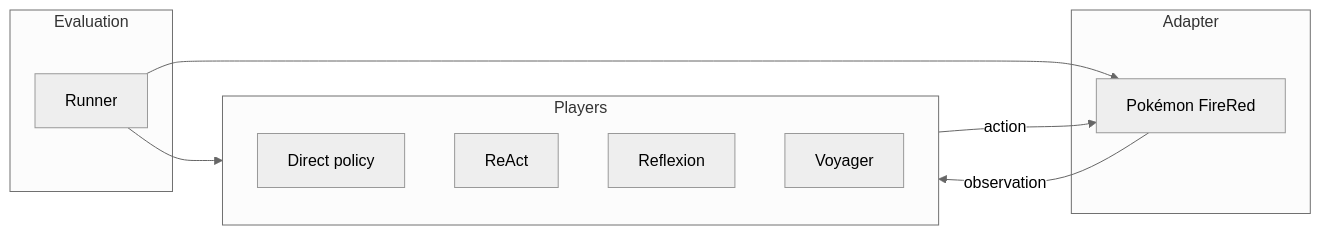
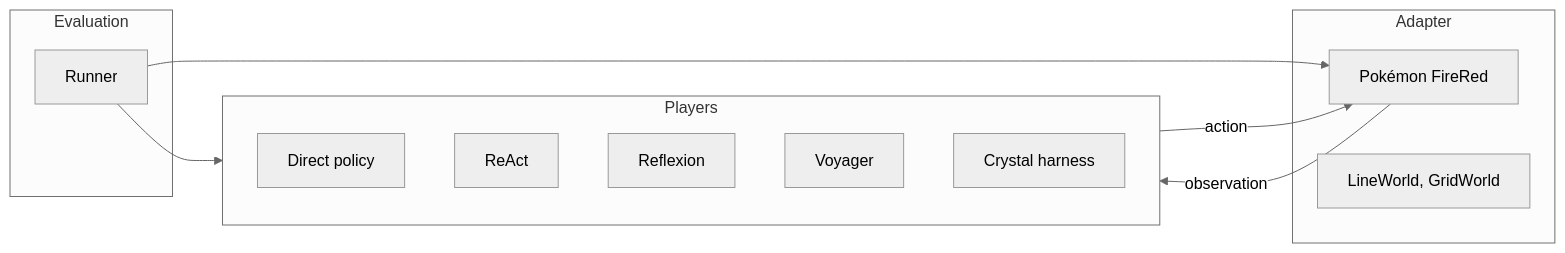
One commit to aryamantepal/porygon changed the diagram in README.md. Above: the diagram before and after it, drawn with Mermaid (neutral theme). The commit also changed other lines of this file and 7 other files, not shown here.

````diff
--- a/README.md
+++ b/README.md
@@ -11,22 +11,24 @@
 ```mermaid
 flowchart LR
   subgraph agents [Players]
     Direct[Direct policy]
     React[ReAct]
     Reflexion[Reflexion]
     Voyager[Voyager]
+    Harness[Crystal harness]
   end
 
   subgraph eval [Evaluation]
     Runner[Runner]
   end
 
   subgraph envs [Adapter]
     Pokemon[Pokémon FireRed]
+    Toys[LineWorld, GridWorld]
   end
 
   Runner --> agents
   Runner --> Pokemon
   agents -->|action| Pokemon
   Pokemon -->|observation| agents
 ```
````
